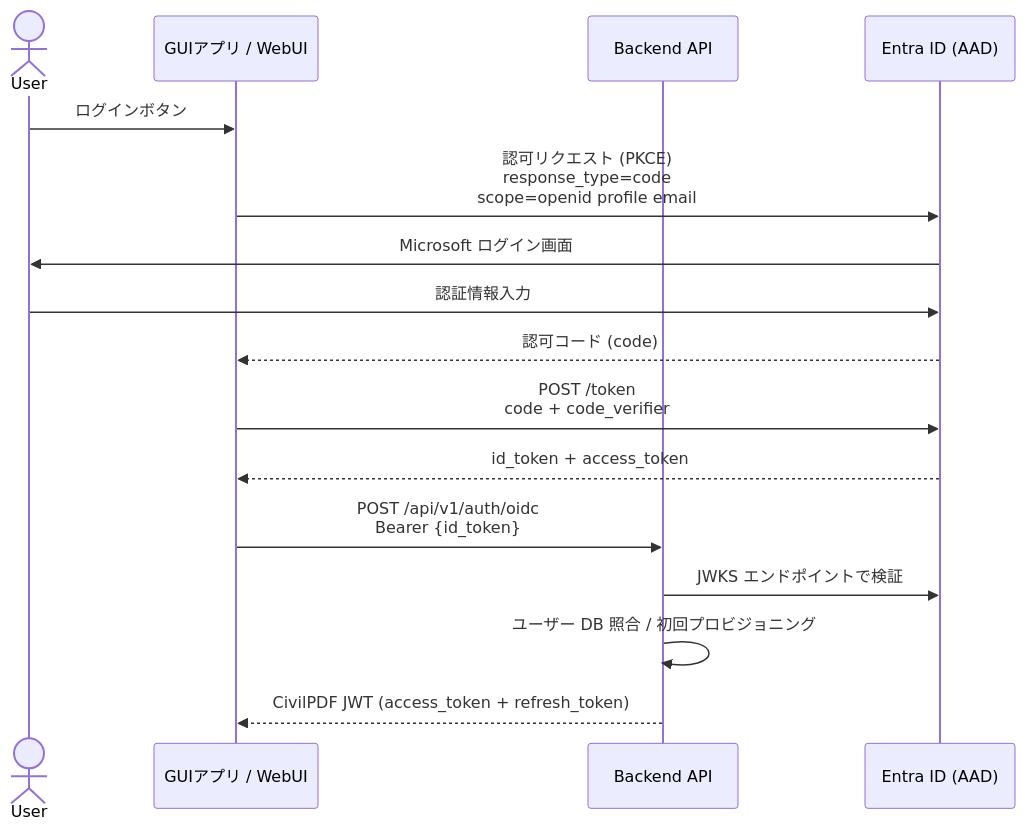
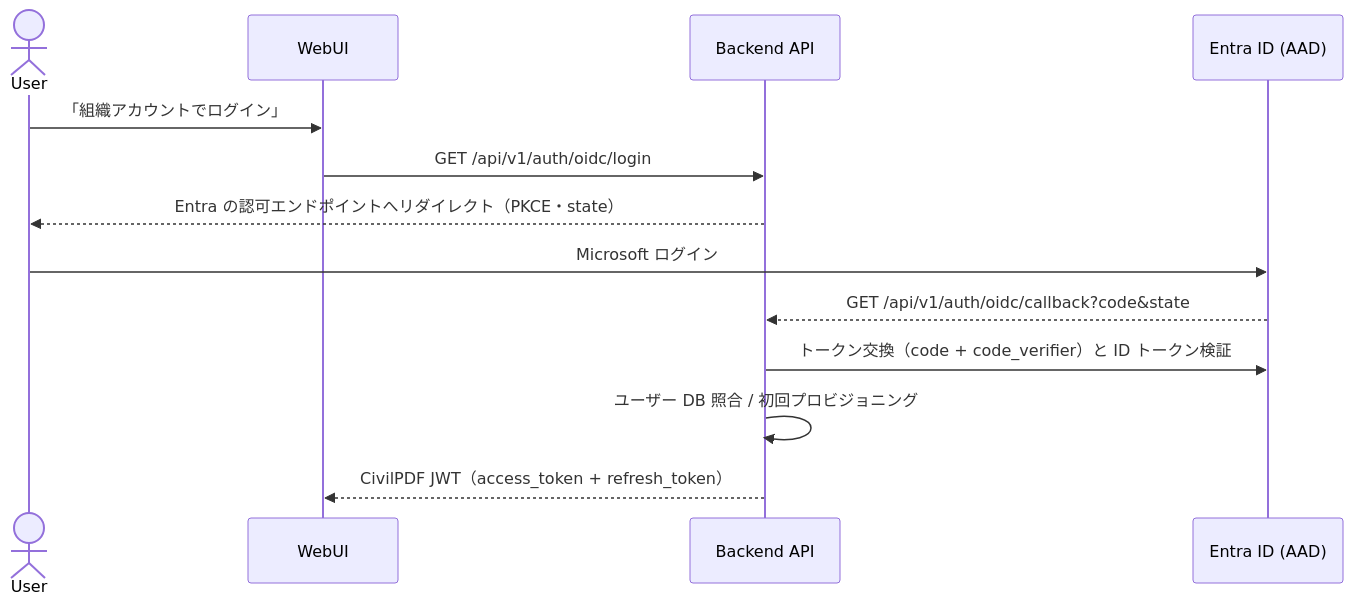
The third of 4 diagrams in docs/architecture/system-architecture.md (mirai-construction-dx/CivilPDF-DX), drawn with Mermaid before and after one commit. The commit also changed other lines of this file and 4 other files, not shown here.

````diff
--- a/docs/architecture/system-architecture.md
+++ b/docs/architecture/system-architecture.md
@@ -180,19 +189,16 @@
 ```mermaid
 sequenceDiagram
     actor User
-    participant GUI as GUIアプリ / WebUI
+    participant Web as WebUI
     participant API as Backend API
     participant Entra as Entra ID (AAD)
 
-    User->>GUI: ログインボタン
-    GUI->>Entra: 認可リクエスト (PKCE)<br/>response_type=code<br/>scope=openid profile email
-    Entra->>User: Microsoft ログイン画面
-    User->>Entra: 認証情報入力
-    Entra-->>GUI: 認可コード (code)
-    GUI->>Entra: POST /token<br/>code + code_verifier
-    Entra-->>GUI: id_token + access_token
-    GUI->>API: POST /api/v1/auth/oidc<br/>Bearer {id_token}
-    API->>Entra: JWKS エンドポイントで検証
+    User->>Web: 「組織アカウントでログイン」
+    Web->>API: GET /api/v1/auth/oidc/login
+    API-->>User: Entra の認可エンドポイントへリダイレクト（PKCE・state）
+    User->>Entra: Microsoft ログイン
+    Entra-->>API: GET /api/v1/auth/oidc/callback?code&state
+    API->>Entra: トークン交換（code + code_verifier）と ID トークン検証
     API->>API: ユーザー DB 照合 / 初回プロビジョニング
-    API-->>GUI: CivilPDF JWT (access_token + refresh_token)
+    API-->>Web: CivilPDF JWT（access_token + refresh_token）
 ```
````
